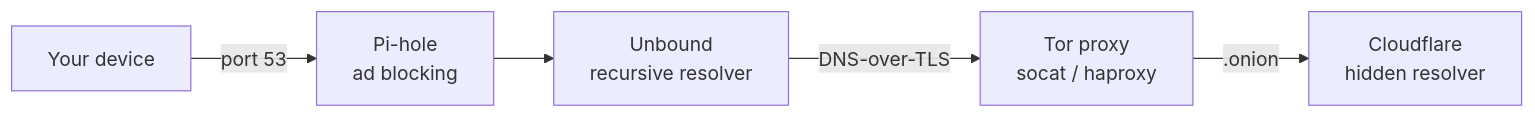
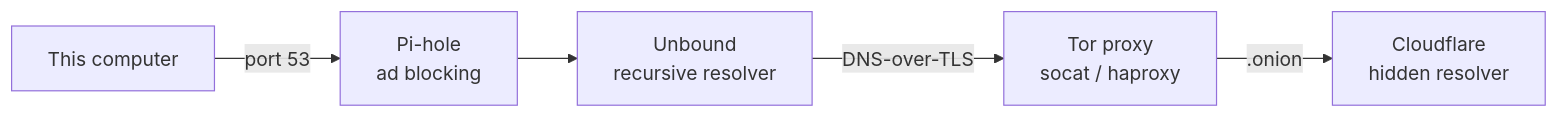
The diagram in README.md (sureserverman/nice-dns), drawn with Mermaid before and after one commit. The commit also changed other lines of this file and 18 other files, not shown here.

````diff
--- a/README.md
+++ b/README.md
@@ -64,7 +74,7 @@
 ```mermaid
 flowchart LR
-    A[Your device] -- port 53 --> B[Pi-hole<br>ad blocking]
+    A[This computer] -- port 53 --> B[Pi-hole<br>ad blocking]
     B --> C[Unbound<br>recursive resolver]
     C -- DNS-over-TLS --> D[Tor proxy<br>socat / haproxy]
     D -- .onion --> E[Cloudflare<br>hidden resolver]
 ```
````
